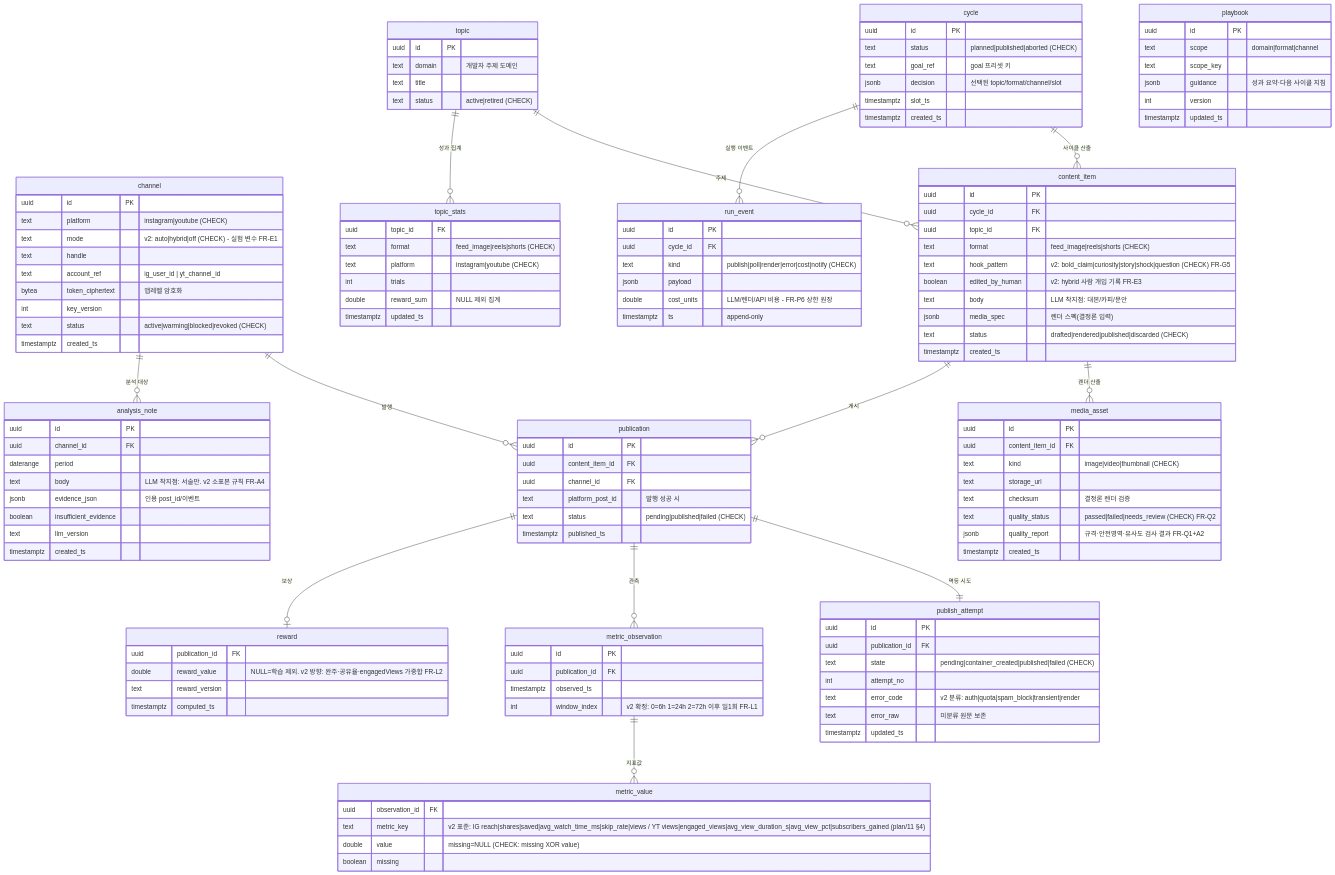
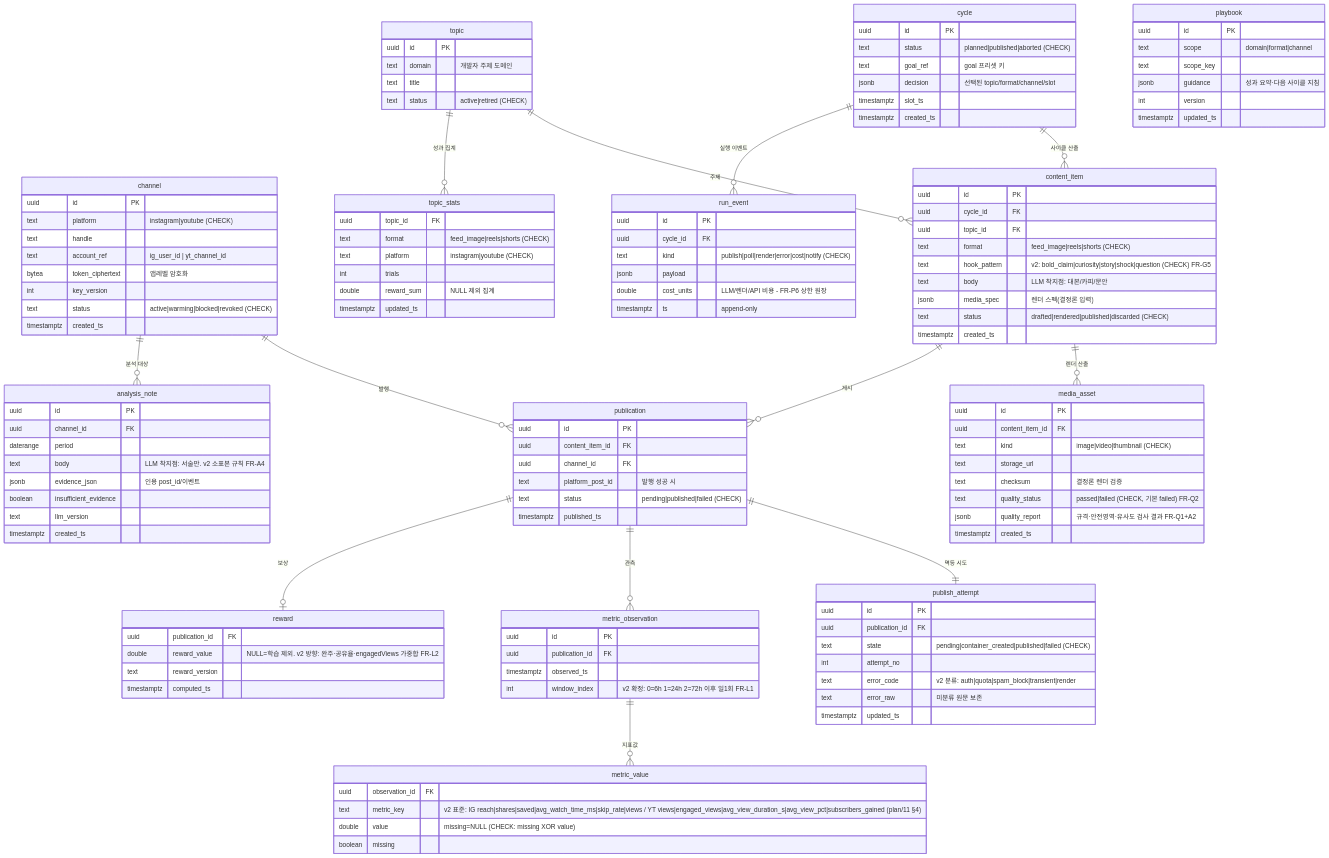
Before and after one commit to Working-youth-squad/multiagent-sns: the diagram in docs/diagrams/erd.mermaid, drawn with Mermaid. The commit also changed 45 other files, not shown here.

```diff
--- a/docs/diagrams/erd.mermaid
+++ b/docs/diagrams/erd.mermaid
@@ -1,132 +1,130 @@
 %% multiagent-sns — 데이터 모델 ERD (v2 · 2026-08-11 개정 기획서 기준)
-%% v2 변경: channel.mode(실험 변수) · content_item.hook_pattern/edited_by_human · 관측 시점 확정(6/24/72h) · 메트릭 표준 확장
+%% v2 변경: content_item.hook_pattern · 관측 시점 확정(6/24/72h) · 메트릭 표준 확장
 erDiagram
     channel ||--o{ publication : "발행"
     content_item ||--o{ media_asset : "렌더 산출"
     content_item ||--o{ publication : "게시"
     cycle ||--o{ content_item : "사이클 산출"
     topic ||--o{ content_item : "주제"
     topic ||--o{ topic_stats : "성과 집계"
     publication ||--|| publish_attempt : "멱등 시도"
     publication ||--o{ metric_observation : "관측"
     metric_observation ||--o{ metric_value : "지표값"
     publication ||--o| reward : "보상"
     channel ||--o{ analysis_note : "분석 대상"
     cycle ||--o{ run_event : "실행 이벤트"
 
     channel {
         uuid id PK
         text platform "instagram|youtube (CHECK)"
-        text mode "v2: auto|hybrid|off (CHECK) - 실험 변수 FR-E1"
         text handle
         text account_ref "ig_user_id | yt_channel_id"
         bytea token_ciphertext "앱레벨 암호화"
         int key_version
         text status "active|warming|blocked|revoked (CHECK)"
         timestamptz created_ts
     }
     cycle {
         uuid id PK
         text status "planned|published|aborted (CHECK)"
         text goal_ref "goal 프리셋 키"
         jsonb decision "선택된 topic/format/channel/slot"
         timestamptz slot_ts
         timestamptz created_ts
     }
     topic {
         uuid id PK
         text domain "개발자 주제 도메인"
         text title
         text status "active|retired (CHECK)"
     }
     topic_stats {
         uuid topic_id FK
         text format "feed_image|reels|shorts (CHECK)"
         text platform "instagram|youtube (CHECK)"
         int trials
         double reward_sum "NULL 제외 집계"
         timestamptz updated_ts
     }
     content_item {
         uuid id PK
         uuid cycle_id FK
         uuid topic_id FK
         text format "feed_image|reels|shorts (CHECK)"
         text hook_pattern "v2: bold_claim|curiosity|story|shock|question (CHECK) FR-G5"
-        boolean edited_by_human "v2: hybrid 사람 개입 기록 FR-E3"
         text body "LLM 착지점: 대본/카피/문안"
         jsonb media_spec "렌더 스펙(결정론 입력)"
         text status "drafted|rendered|published|discarded (CHECK)"
         timestamptz created_ts
     }
     media_asset {
         uuid id PK
         uuid content_item_id FK
         text kind "image|video|thumbnail (CHECK)"
         text storage_url
         text checksum "결정론 렌더 검증"
-        text quality_status "passed|failed|needs_review (CHECK) FR-Q2"
+        text quality_status "passed|failed (CHECK, 기본 failed) FR-Q2"
         jsonb quality_report "규격·안전영역·유사도 검사 결과 FR-Q1+A2"
         timestamptz created_ts
     }
     publication {
         uuid id PK
         uuid content_item_id FK
         uuid channel_id FK
         text platform_post_id "발행 성공 시"
         text status "pending|published|failed (CHECK)"
         timestamptz published_ts
     }
     publish_attempt {
         uuid id PK
         uuid publication_id FK
         text state "pending|container_created|published|failed (CHECK)"
         int attempt_no
         text error_code "v2 분류: auth|quota|spam_block|transient|render"
         text error_raw "미분류 원문 보존"
         timestamptz updated_ts
     }
     metric_observation {
         uuid id PK
         uuid publication_id FK
         timestamptz observed_ts
         int window_index "v2 확정: 0=6h 1=24h 2=72h 이후 일1회 FR-L1"
     }
     metric_value {
         uuid observation_id FK
         text metric_key "v2 표준: IG reach|shares|saved|avg_watch_time_ms|skip_rate|views / YT views|engaged_views|avg_view_duration_s|avg_view_pct|subscribers_gained (plan/11 §4)"
         double value "missing=NULL (CHECK: missing XOR value)"
         boolean missing
     }
     reward {
         uuid publication_id FK
         double reward_value "NULL=학습 제외. v2 방향: 완주·공유율·engagedViews 가중합 FR-L2"
         text reward_version
         timestamptz computed_ts
     }
     playbook {
         uuid id PK
         text scope "domain|format|channel"
         text scope_key
         jsonb guidance "성과 요약·다음 사이클 지침"
         int version
         timestamptz updated_ts
     }
     analysis_note {
         uuid id PK
         uuid channel_id FK
         daterange period
         text body "LLM 착지점: 서술만. v2 소표본 규칙 FR-A4"
         jsonb evidence_json "인용 post_id/이벤트"
         boolean insufficient_evidence
         text llm_version
         timestamptz created_ts
     }
     run_event {
         uuid id PK
         uuid cycle_id FK
         text kind "publish|poll|render|error|cost|notify (CHECK)"
         jsonb payload
         double cost_units "LLM/렌더/API 비용 - FR-P6 상한 원장"
         timestamptz ts "append-only"
     }
```
